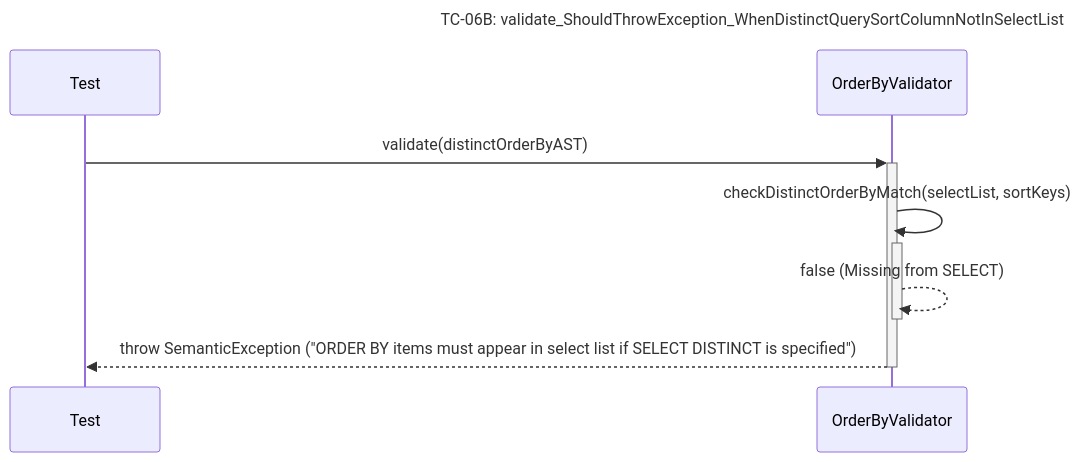
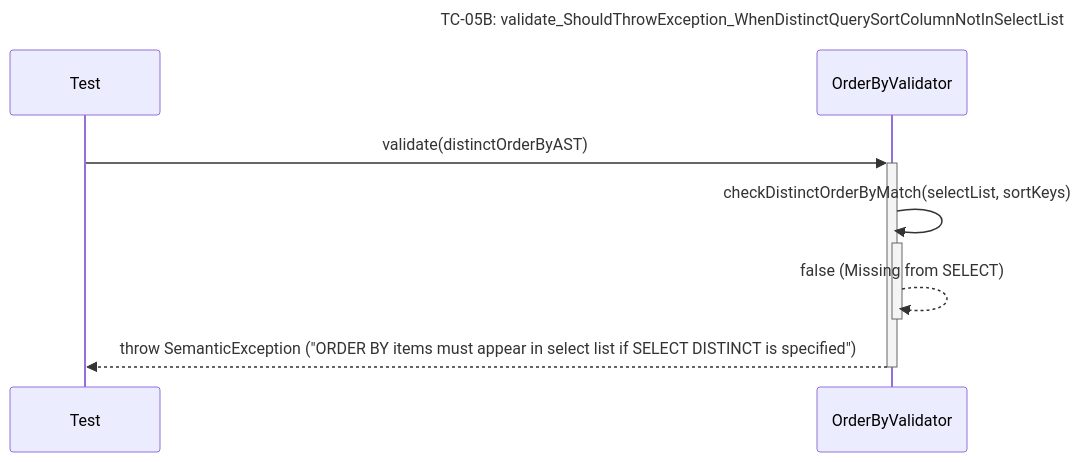
Before and after one commit to Dikhang1112/Database_Management_BBV: diagram 21 of 24 in docs/unit_test/query_prossor/SequeceTestCase.md, drawn with Mermaid. The commit also changed other lines of this file and 16 other files, not shown here.

````diff
--- a/docs/unit_test/query_prossor/SequeceTestCase.md
+++ b/docs/unit_test/query_prossor/SequeceTestCase.md
@@ -406,11 +310,11 @@
 ```mermaid
 sequenceDiagram
-    title TC-06B: validate_ShouldThrowException_WhenDistinctQuerySortColumnNotInSelectList
+    title TC-05B: validate_ShouldThrowException_WhenDistinctQuerySortColumnNotInSelectList
     participant Test
     participant OrderByValidator
 
     Test->>+OrderByValidator: validate(distinctOrderByAST)
     OrderByValidator->>+OrderByValidator: checkDistinctOrderByMatch(selectList, sortKeys)
     OrderByValidator-->>-OrderByValidator: false (Missing from SELECT)
     OrderByValidator-->>-Test: throw SemanticException ("ORDER BY items must appear in select list if SELECT DISTINCT is specified")
 ```
````
